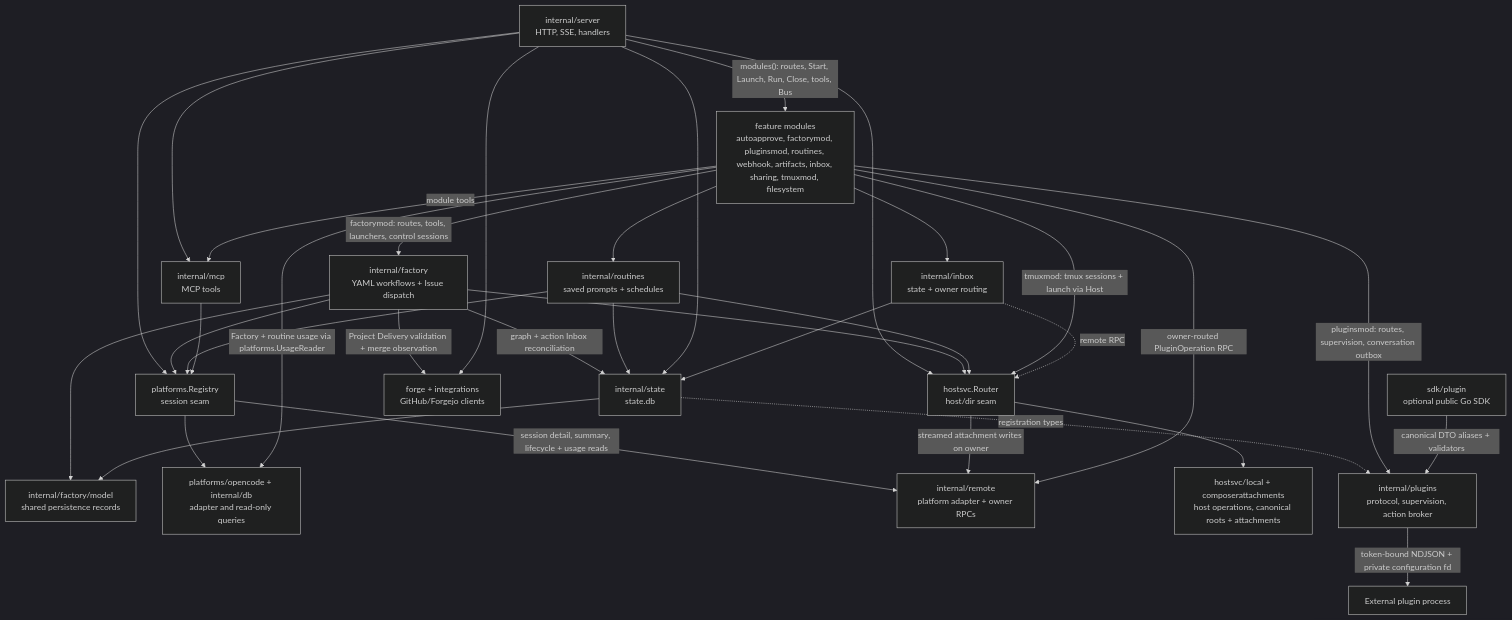
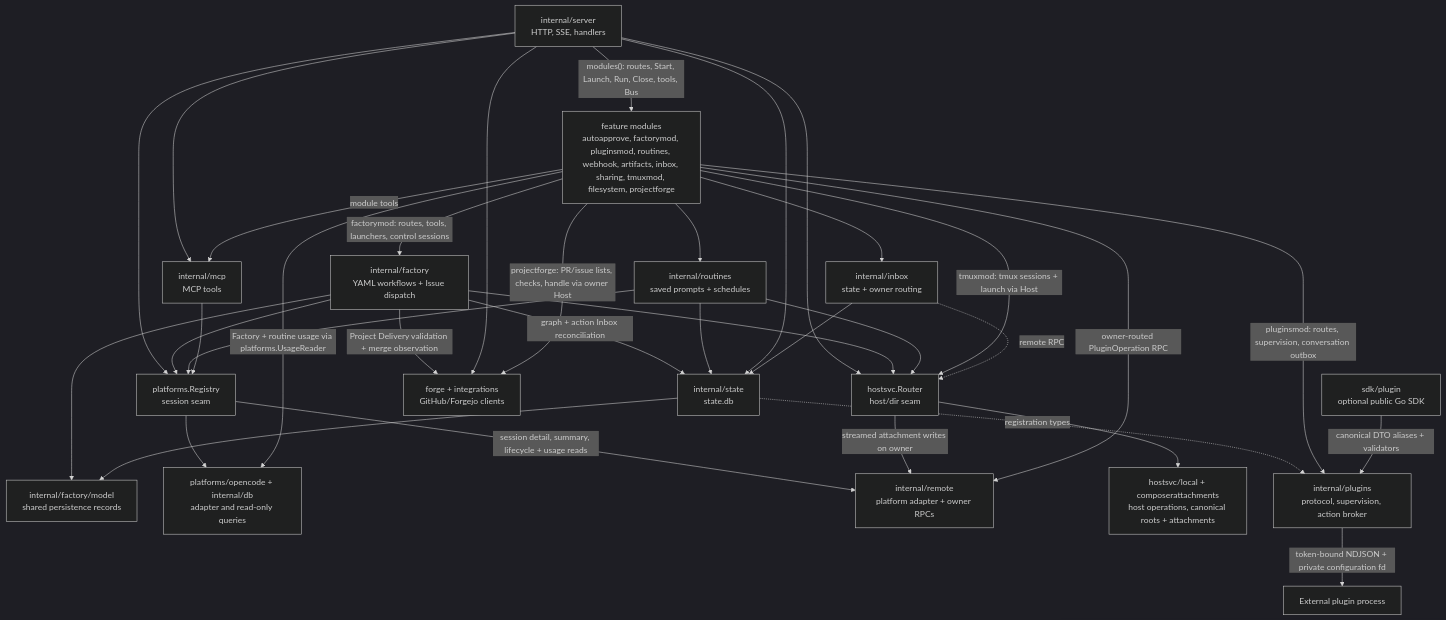
The third of 5 diagrams in docs/other/architecture.md (ocman/ocman), drawn with Mermaid (dark theme) before and after one commit. The commit also changed other lines of this file and 33 other files, not shown here.

Commit message:
refactor(projectforge): extract PR/issue routes, forge reads and prompt templates into a feature module

````diff
--- a/docs/other/architecture.md
+++ b/docs/other/architecture.md
@@ -175,36 +175,37 @@
 ```mermaid
 flowchart TD
     Server[internal/server<br/>HTTP, SSE, handlers] --> Registry[platforms.Registry<br/>session seam]
     Server --> Router[hostsvc.Router<br/>host/dir seam]
-    Server -->|"modules(): routes, Start, Launch, Run, Close, tools, Bus"| Modules[feature modules<br/>autoapprove, factorymod, pluginsmod, routines, webhook, artifacts, inbox, sharing, tmuxmod, filesystem]
+    Server -->|"modules(): routes, Start, Launch, Run, Close, tools, Bus"| Modules[feature modules<br/>autoapprove, factorymod, pluginsmod, routines, webhook, artifacts, inbox, sharing, tmuxmod, filesystem, projectforge]
     Modules --> Routines[internal/routines<br/>saved prompts + schedules]
     Modules -->|"factorymod: routes, tools, launchers, control sessions"| Factory[internal/factory<br/>YAML workflows + Issue dispatch]
     Factory --> FactoryModel[internal/factory/model<br/>shared persistence records]
     Factory -->|graph + action Inbox reconciliation| State
     State --> FactoryModel
     Factory --> Registry
     Factory --> Router
     Factory -->|Project Delivery validation + merge observation| Forge
     Routines --> Registry
     Routines --> Router
     Modules -->|"tmuxmod: tmux sessions + launch via Host"| Router
     Routines --> State
     Server --> MCP[internal/mcp<br/>MCP tools]
     Modules -->|module tools| MCP
     Modules --> Inbox[internal/inbox<br/>state + owner routing]
     MCP --> Registry
     Registry --> OC[platforms/opencode + internal/db<br/>adapter and read-only queries]
     Modules -->|Factory + routine usage via platforms.UsageReader| OC
     Registry -->|session detail, summary, lifecycle + usage reads| RP[internal/remote<br/>platform adapter + owner RPCs]
     Router --> Local[hostsvc/local + composerattachments<br/>host operations, canonical roots + attachments]
     Router -->|streamed attachment writes on owner| RP
     Server --> State[internal/state<br/>state.db]
     Inbox --> State
     Inbox -.->|remote RPC| Router
     Server --> Forge[forge + integrations<br/>GitHub/Forgejo clients]
+    Modules -->|"projectforge: PR/issue lists, checks, handle via owner Host"| Forge
     State -.->|registration types| Plugins[internal/plugins<br/>protocol, supervision, action broker]
     Modules -->|"pluginsmod: routes, supervision, conversation outbox"| Plugins
     Plugins -->|token-bound NDJSON + private configuration fd| PluginExec[External plugin process]
     Modules -->|owner-routed PluginOperation RPC| RP
     PluginSDK[sdk/plugin<br/>optional public Go SDK] -->|canonical DTO aliases + validators| Plugins
 ```
````
